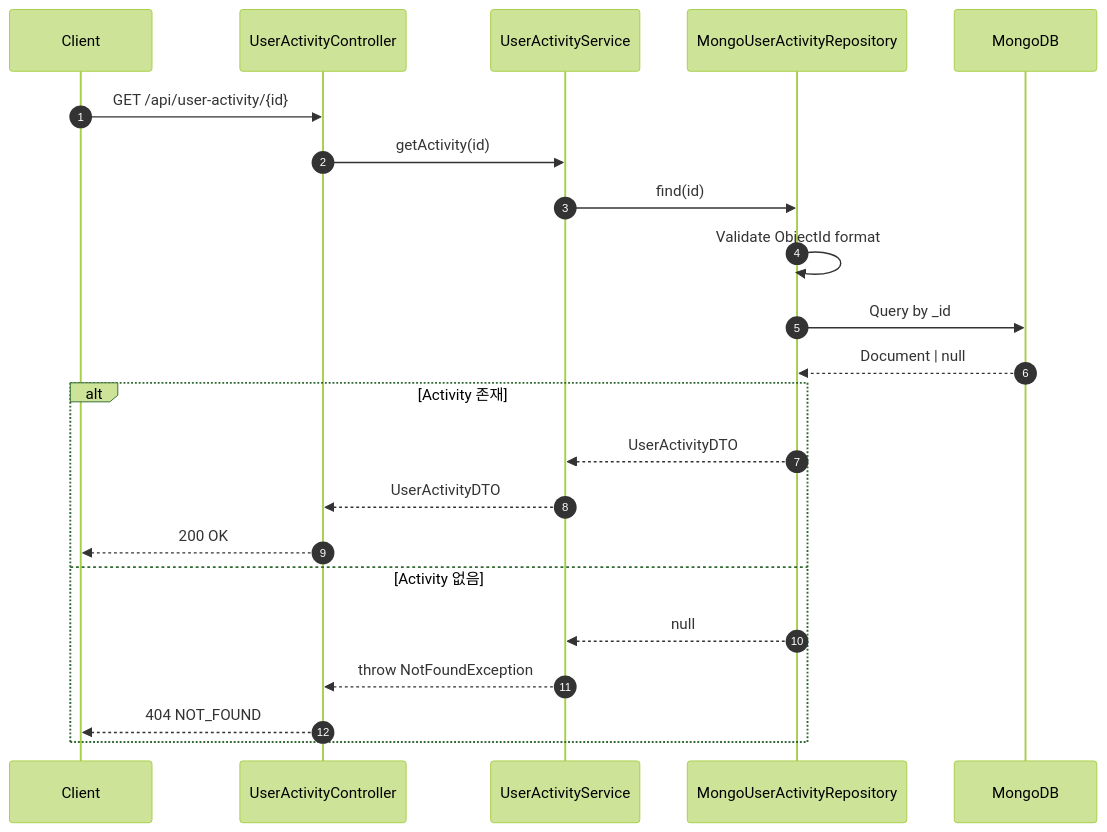
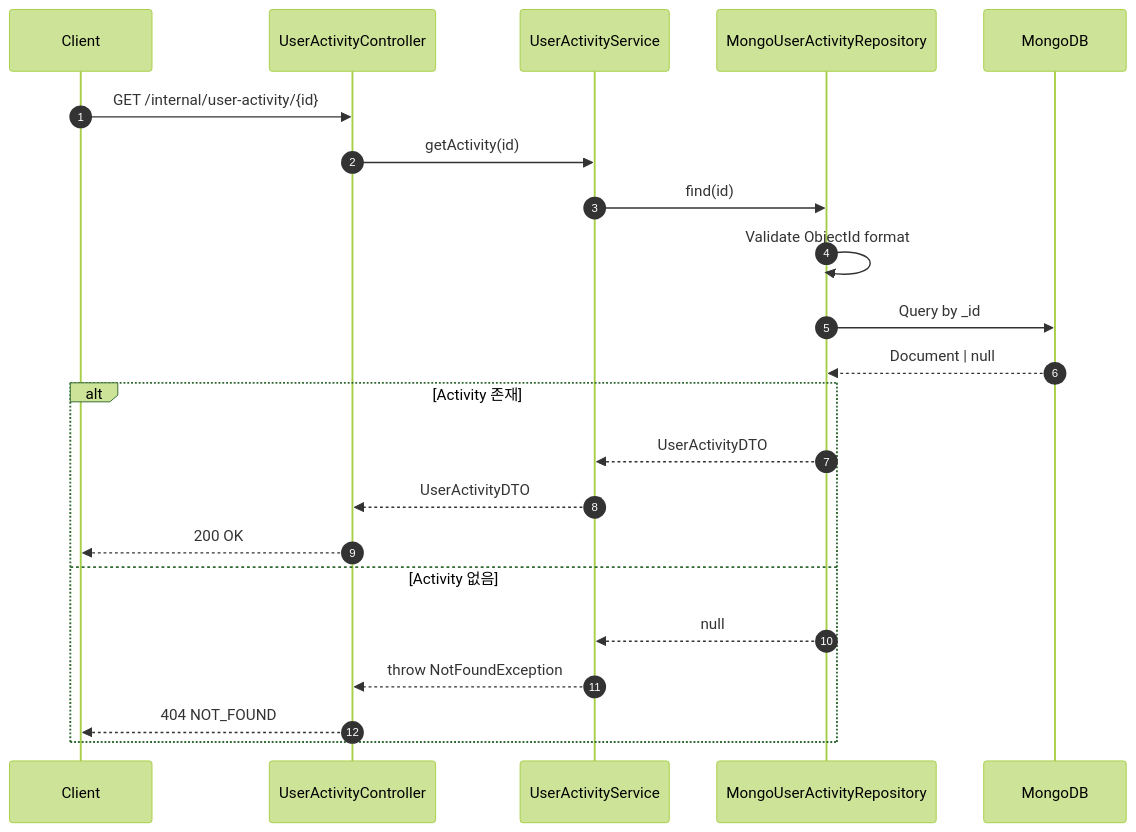
Before and after one commit to shaul1991/toy-core-system: the second of 2 diagrams in docs/USER_ACTIVITY.md, drawn with Mermaid (forest theme). The commit also changed other lines of this file and 7 other files, not shown here.

````diff
--- a/docs/USER_ACTIVITY.md
+++ b/docs/USER_ACTIVITY.md
@@ -358,26 +358,26 @@
 ```mermaid
 sequenceDiagram
     autonumber
     participant Client
     participant Controller as UserActivityController
     participant Service as UserActivityService
     participant Repository as MongoUserActivityRepository
     participant MongoDB
 
-    Client->>Controller: GET /api/user-activity/{id}
+    Client->>Controller: GET /internal/user-activity/{id}
     Controller->>Service: getActivity(id)
     Service->>Repository: find(id)
     Repository->>Repository: Validate ObjectId format
     Repository->>MongoDB: Query by _id
     MongoDB-->>Repository: Document | null
 
     alt Activity 존재
         Repository-->>Service: UserActivityDTO
         Service-->>Controller: UserActivityDTO
         Controller-->>Client: 200 OK
     else Activity 없음
         Repository-->>Service: null
         Service-->>Controller: throw NotFoundException
         Controller-->>Client: 404 NOT_FOUND
     end
 ```
````
